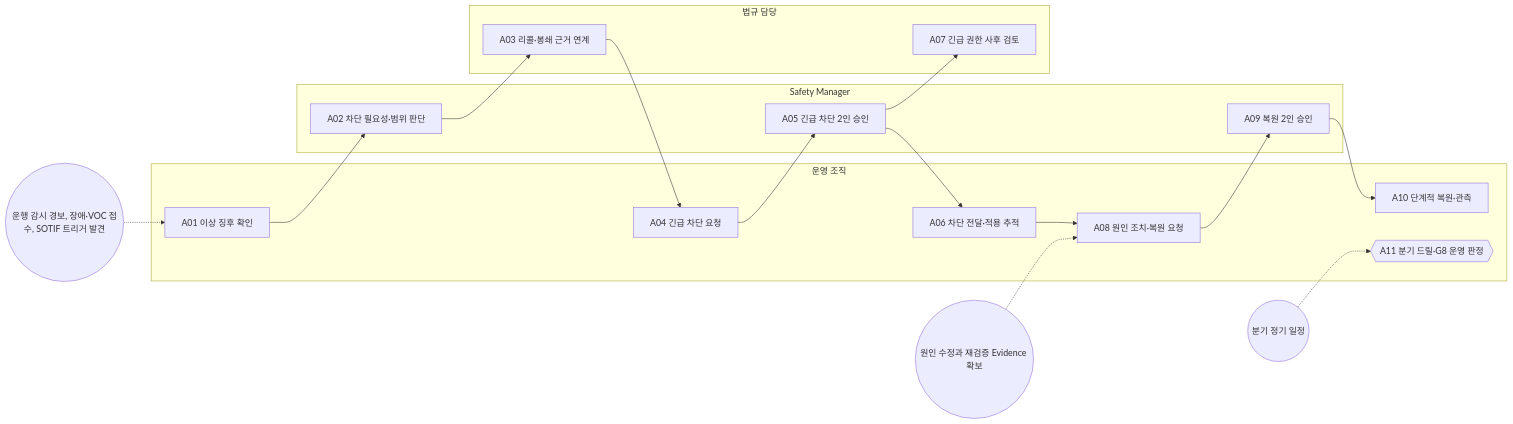
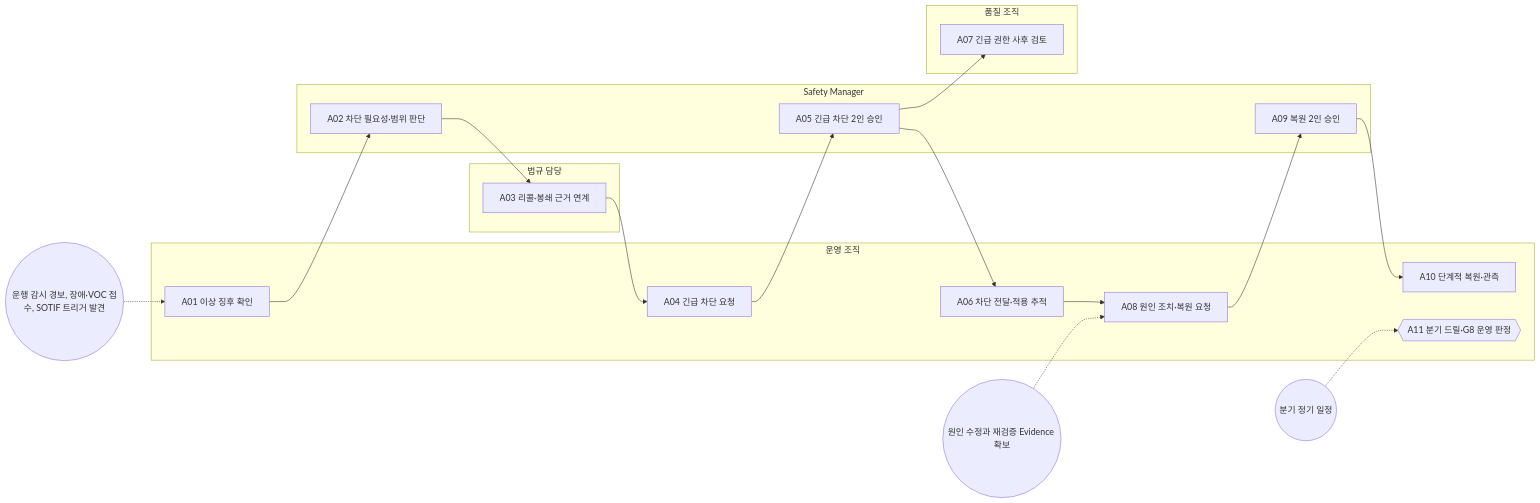
Before and after one commit to mutuuslab/feature-topology-platform: the diagram in docs/65-workflows/out/processes/FPW.8.md, drawn with Mermaid. The commit also changed other lines of this file and 64 other files, not shown here.

````diff
--- a/docs/65-workflows/out/processes/FPW.8.md
+++ b/docs/65-workflows/out/processes/FPW.8.md
@@ -24,32 +24,34 @@
 ```mermaid
 flowchart LR
   subgraph R_OPS["운영 조직"]
     FPW_8_A01["A01 이상 징후 확인"]
     FPW_8_A04["A04 긴급 차단 요청"]
     FPW_8_A06["A06 차단 전달·적용 추적"]
     FPW_8_A08["A08 원인 조치·복원 요청"]
     FPW_8_A10["A10 단계적 복원·관측"]
     FPW_8_A11{{"A11 분기 드릴·G8 운영 판정"}}
   end
   subgraph R_SM["Safety Manager"]
     FPW_8_A02["A02 차단 필요성·범위 판단"]
     FPW_8_A05["A05 긴급 차단 2인 승인"]
     FPW_8_A09["A09 복원 2인 승인"]
   end
   subgraph R_REG["법규 담당"]
     FPW_8_A03["A03 리콜·봉쇄 근거 연계"]
+  end
+  subgraph R_QA["품질 조직"]
     FPW_8_A07["A07 긴급 권한 사후 검토"]
   end
   T_FPW_8_A01(("운행 감시 경보, 장애·VOC 접수, SOTIF 트리거 발견")) -.-> FPW_8_A01
   FPW_8_A01 --> FPW_8_A02
   FPW_8_A02 --> FPW_8_A03
   FPW_8_A03 --> FPW_8_A04
   FPW_8_A04 --> FPW_8_A05
   FPW_8_A05 --> FPW_8_A06
   FPW_8_A05 --> FPW_8_A07
   FPW_8_A06 --> FPW_8_A08
   T_FPW_8_A08(("원인 수정과 재검증 Evidence 확보")) -.-> FPW_8_A08
   FPW_8_A08 --> FPW_8_A09
   FPW_8_A09 --> FPW_8_A10
   T_FPW_8_A11(("분기 정기 일정")) -.-> FPW_8_A11
 ```
````
